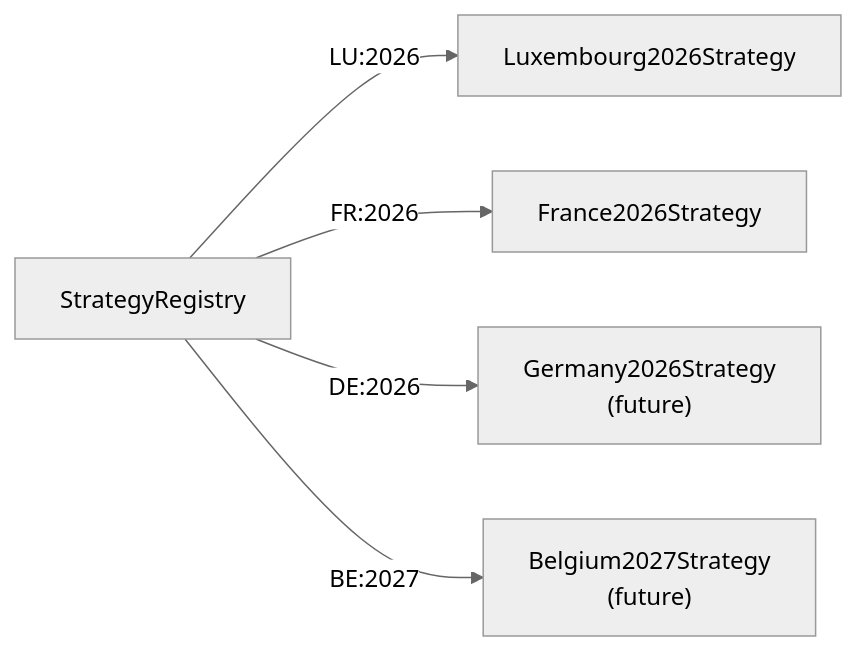
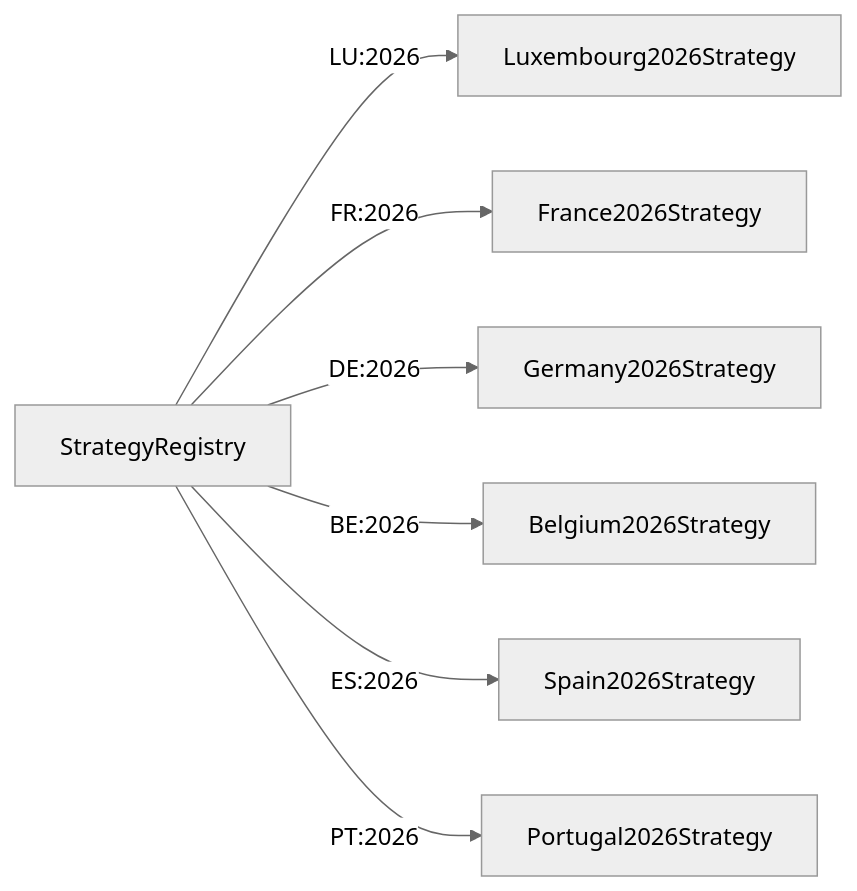
One commit to nabz0r/Global-Green-Tax changed the ninth of 26 diagrams in docs/architecture.md. Above: the diagram before and after it, drawn with Mermaid (neutral theme). The commit also changed other lines of this file and 1 other file, not shown here.

First line of the commit message:
docs: update README and architecture for Freemium tier, admin dashboard, data lake & AI pipeline

````diff
--- a/docs/architecture.md
+++ b/docs/architecture.md
@@ -335,8 +363,10 @@
 ```mermaid
 flowchart LR
     REG["StrategyRegistry"]
     REG -->|"LU:2026"| LU["Luxembourg2026Strategy"]
     REG -->|"FR:2026"| FR["France2026Strategy"]
-    REG -->|"DE:2026"| DE["Germany2026Strategy<br/>(future)"]
-    REG -->|"BE:2027"| BE["Belgium2027Strategy<br/>(future)"]
+    REG -->|"DE:2026"| DE["Germany2026Strategy"]
+    REG -->|"BE:2026"| BE["Belgium2026Strategy"]
+    REG -->|"ES:2026"| ES["Spain2026Strategy"]
+    REG -->|"PT:2026"| PT["Portugal2026Strategy"]
 ```
````
